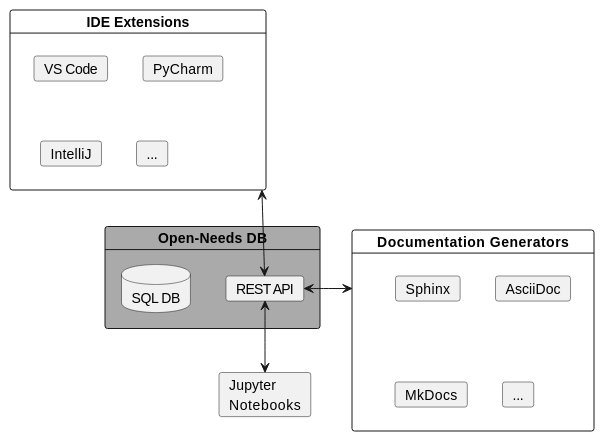
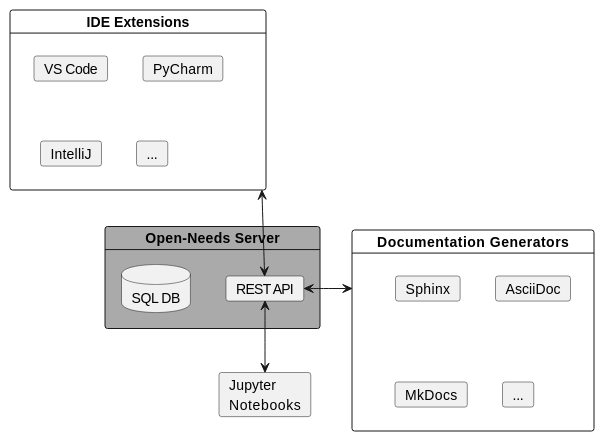
Before and after one commit to open-needs/open-needs.github.io: the fifth of 5 diagrams in docs/index.rst, drawn with PlantUML. The commit also changed other lines of this file and 18 other files, not shown here.

Commit message:
DB->Server, Models, Schemas

```diff
--- a/docs/index.rst
+++ b/docs/index.rst
@@ -326,29 +326,29 @@
 .. uml::
    :scale: 99%
 
    @startuml
-    card "Open-Needs DB" as db #aaaaaa {
+    card "Open-Needs Server" as db #aaaaaa {
         card "REST API" as rest
         database "SQL DB" as sql
     }
 
     card "Documentation Generators" as dg {
         card "Sphinx"
         card "AsciiDoc"
         card "MkDocs"
         card "..." as 1
     }
 
     card "Jupyter\nNotebooks" as jupyter
 
     card "IDE Extensions" as ide {
         card "VS Code"
         card "PyCharm"
         card "IntelliJ"
         card "..." as 2
     }
     ide <-d--> rest
     jupyter <-u-> rest
     dg <-l-> rest
 
     @enduml
```
